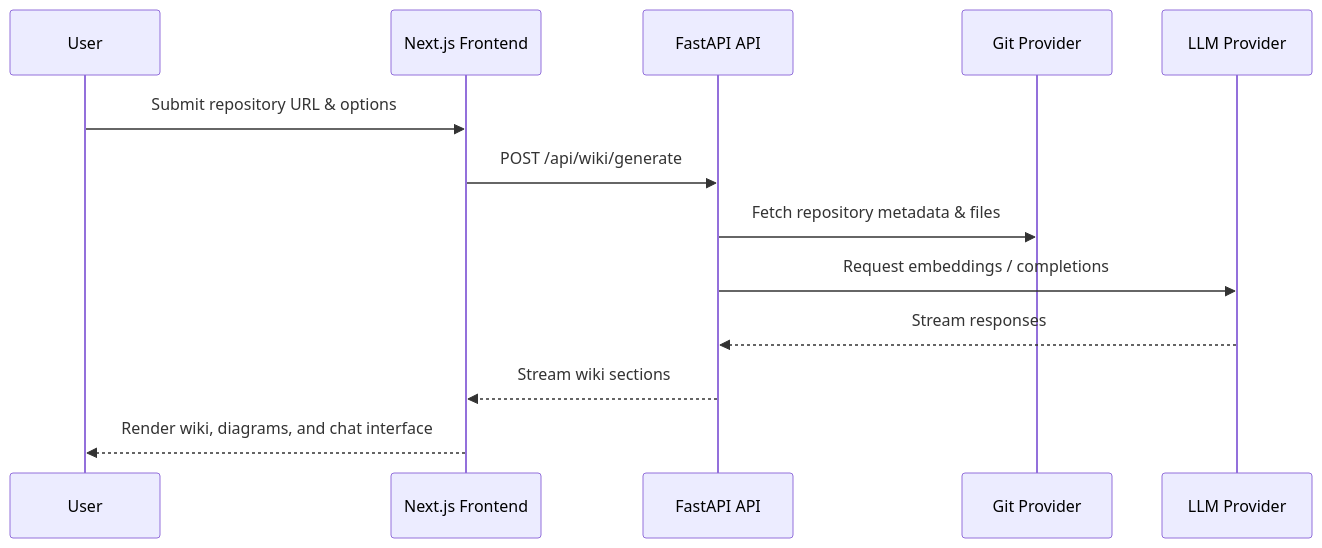
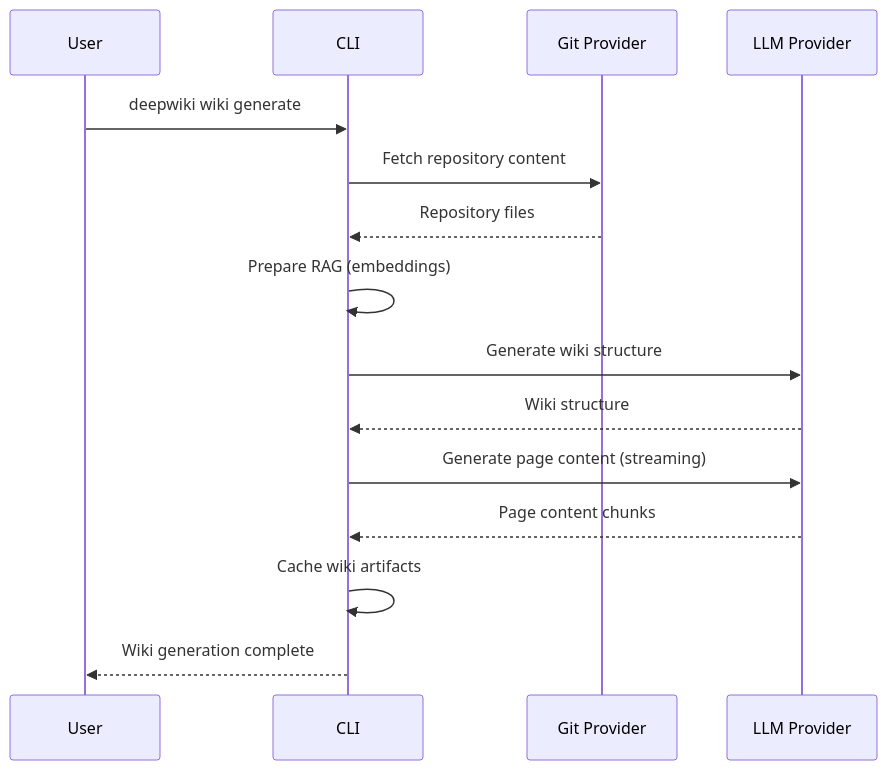
The second of 2 diagrams in docs/architecture.md (oc-andrey-zaharov/OpenCorporates-DeepWiki), drawn with Mermaid before and after one commit. The commit also changed other lines of this file and 110 other files, not shown here.

````diff
--- a/docs/architecture.md
+++ b/docs/architecture.md
@@ -41,16 +40,18 @@
 ```mermaid
 sequenceDiagram
   participant U as User
-  participant F as Next.js Frontend
-  participant A as FastAPI API
+  participant C as CLI
   participant G as Git Provider
   participant L as LLM Provider
 
-  U->>F: Submit repository URL & options
-  F->>A: POST /api/wiki/generate
-  A->>G: Fetch repository metadata & files
-  A->>L: Request embeddings / completions
-  L-->>A: Stream responses
-  A-->>F: Stream wiki sections
-  F-->>U: Render wiki, diagrams, and chat interface
+  U->>C: deepwiki wiki generate
+  C->>G: Fetch repository content
+  G-->>C: Repository files
+  C->>C: Prepare RAG (embeddings)
+  C->>L: Generate wiki structure
+  L-->>C: Wiki structure
+  C->>L: Generate page content (streaming)
+  L-->>C: Page content chunks
+  C->>C: Cache wiki artifacts
+  C-->>U: Wiki generation complete
 ```
````
